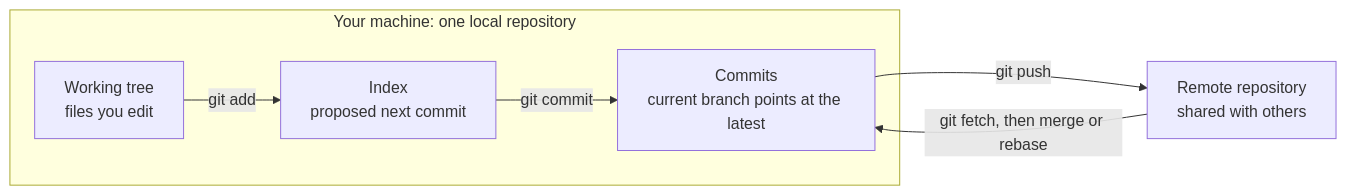
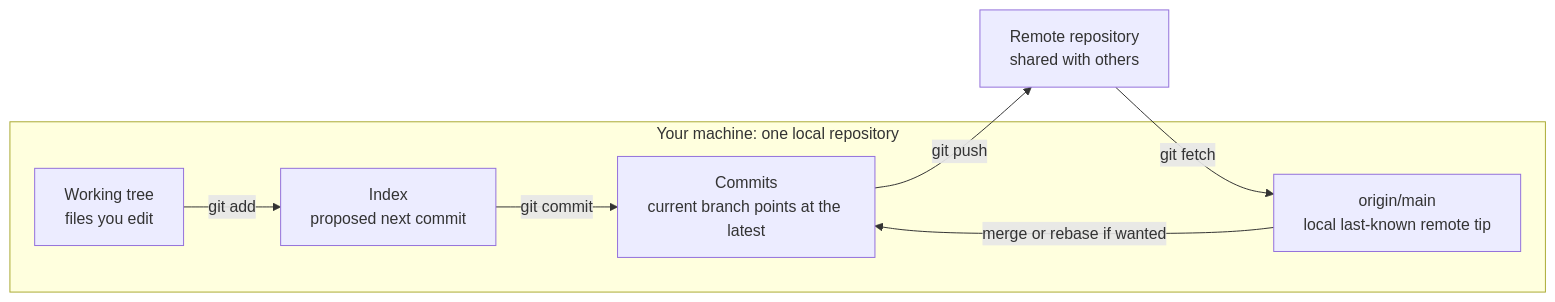
Before and after one commit to David-A18/MY-humble-knowledge-for-everyone: the diagram in knowledge/git/git-fundamentals.md, drawn with Mermaid. The commit also changed other lines of this file and 7 other files, not shown here.

````diff
--- a/knowledge/git/git-fundamentals.md
+++ b/knowledge/git/git-fundamentals.md
@@ -159,13 +170,15 @@
 ```mermaid
 flowchart LR
   subgraph local["Your machine: one local repository"]
     wt["Working tree<br/>files you edit"]
     idx["Index<br/>proposed next commit"]
     head["Commits<br/>current branch points at the latest"]
+    rt["origin/main<br/>local last-known remote tip"]
   end
   remote["Remote repository<br/>shared with others"]
   wt -- "git add" --> idx
   idx -- "git commit" --> head
   head -- "git push" --> remote
-  remote -- "git fetch, then merge or rebase" --> head
+  remote -- "git fetch" --> rt
+  rt -- "merge or rebase if wanted" --> head
 ```
````
